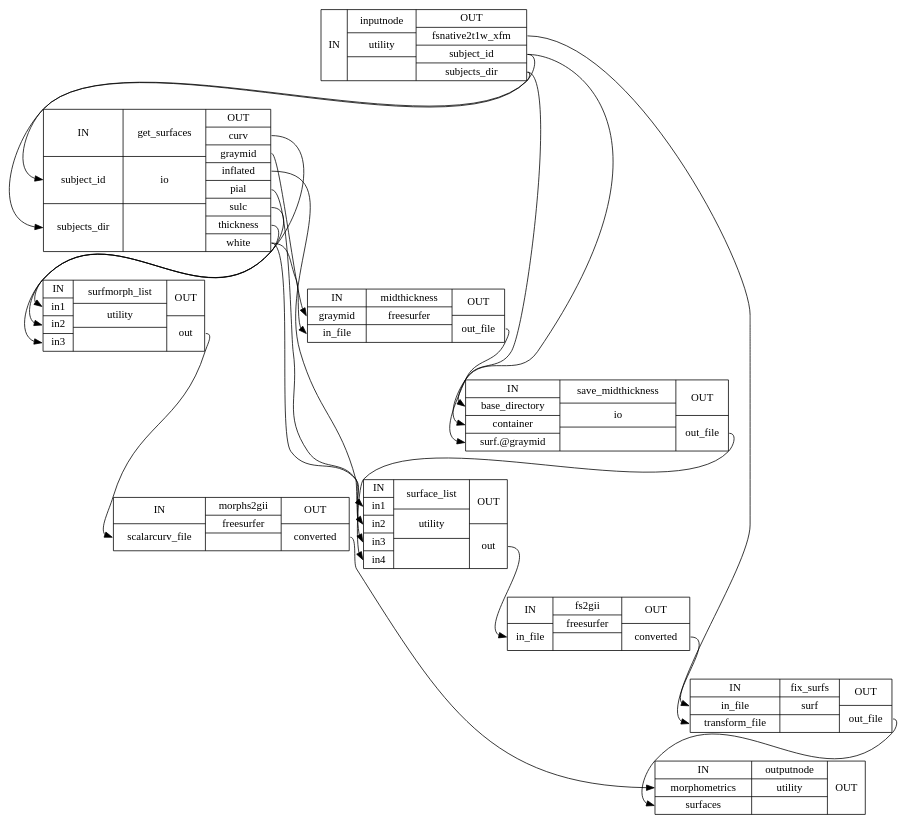
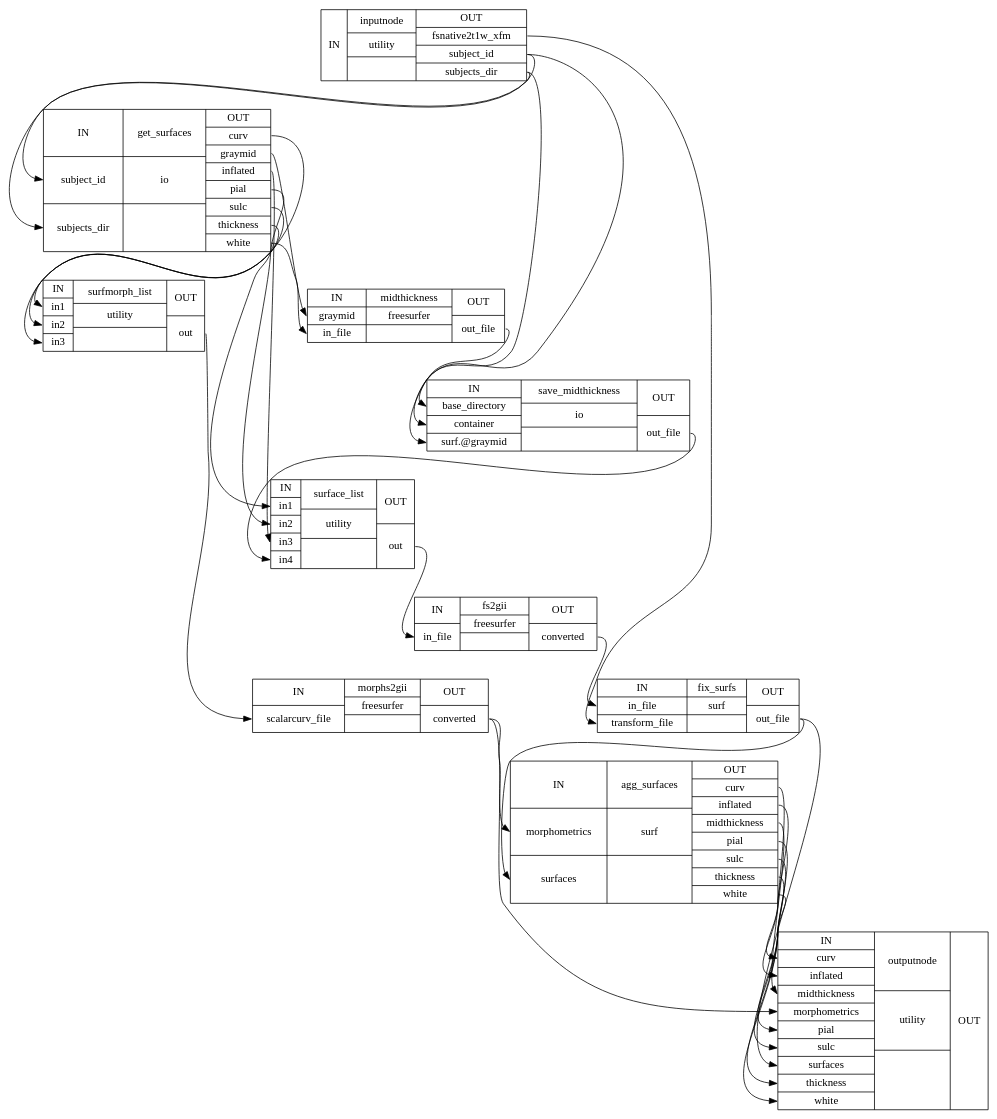
The diagram in next/wf_directive/api/gifti_surface_wf/smriprep-workflows-surfaces-2_detailed.dot (psadil/smriprep), drawn with Graphviz before and after one commit. The commit also changed 3801 other files, not shown here.

```diff
--- a/next/wf_directive/api/gifti_surface_wf/smriprep-workflows-surfaces-2_detailed.dot
+++ b/next/wf_directive/api/gifti_surface_wf/smriprep-workflows-surfaces-2_detailed.dot
@@ -1,33 +1,43 @@
 digraph structs {
 node [shape=record];
 gifti_surface_wfinputnode [label="{IN}|{ inputnode | utility |  }|{OUT|<outfsnative2t1wxfm> fsnative2t1w_xfm|<outsubjectid> subject_id|<outsubjectsdir> subjects_dir}"];
 gifti_surface_wfget_surfaces [label="{IN|<insubjectid> subject_id|<insubjectsdir> subjects_dir}|{ get_surfaces | io |  }|{OUT|<outcurv> curv|<outgraymid> graymid|<outinflated> inflated|<outpial> pial|<outsulc> sulc|<outthickness> thickness|<outwhite> white}"];
 gifti_surface_wfmidthickness [label="{IN|<ingraymid> graymid|<ininfile> in_file}|{ midthickness | freesurfer |  }|{OUT|<outoutfile> out_file}"];
 gifti_surface_wfsurfmorph_list [label="{IN|<inin1> in1|<inin2> in2|<inin3> in3}|{ surfmorph_list | utility |  }|{OUT|<outout> out}"];
 gifti_surface_wfsave_midthickness [label="{IN|<inbasedirectory> base_directory|<incontainer> container|<insurfgraymid> surf.@graymid}|{ save_midthickness | io |  }|{OUT|<outoutfile> out_file}"];
 gifti_surface_wfmorphs2gii [label="{IN|<inscalarcurvfile> scalarcurv_file}|{ morphs2gii | freesurfer |  }|{OUT|<outconverted> converted}"];
 gifti_surface_wfsurface_list [label="{IN|<inin1> in1|<inin2> in2|<inin3> in3|<inin4> in4}|{ surface_list | utility |  }|{OUT|<outout> out}"];
 gifti_surface_wffs2gii [label="{IN|<ininfile> in_file}|{ fs2gii | freesurfer |  }|{OUT|<outconverted> converted}"];
 gifti_surface_wffix_surfs [label="{IN|<ininfile> in_file|<intransformfile> transform_file}|{ fix_surfs | surf |  }|{OUT|<outoutfile> out_file}"];
-gifti_surface_wfoutputnode [label="{IN|<inmorphometrics> morphometrics|<insurfaces> surfaces}|{ outputnode | utility |  }|{OUT}"];
+gifti_surface_wfagg_surfaces [label="{IN|<inmorphometrics> morphometrics|<insurfaces> surfaces}|{ agg_surfaces | surf |  }|{OUT|<outcurv> curv|<outinflated> inflated|<outmidthickness> midthickness|<outpial> pial|<outsulc> sulc|<outthickness> thickness|<outwhite> white}"];
+gifti_surface_wfoutputnode [label="{IN|<incurv> curv|<ininflated> inflated|<inmidthickness> midthickness|<inmorphometrics> morphometrics|<inpial> pial|<insulc> sulc|<insurfaces> surfaces|<inthickness> thickness|<inwhite> white}|{ outputnode | utility |  }|{OUT}"];
+gifti_surface_wfagg_surfaces:outcurv:e -> gifti_surface_wfoutputnode:incurv:w;
+gifti_surface_wfagg_surfaces:outinflated:e -> gifti_surface_wfoutputnode:ininflated:w;
+gifti_surface_wfagg_surfaces:outmidthickness:e -> gifti_surface_wfoutputnode:inmidthickness:w;
+gifti_surface_wfagg_surfaces:outpial:e -> gifti_surface_wfoutputnode:inpial:w;
+gifti_surface_wfagg_surfaces:outsulc:e -> gifti_surface_wfoutputnode:insulc:w;
+gifti_surface_wfagg_surfaces:outthickness:e -> gifti_surface_wfoutputnode:inthickness:w;
+gifti_surface_wfagg_surfaces:outwhite:e -> gifti_surface_wfoutputnode:inwhite:w;
+gifti_surface_wffix_surfs:outoutfile:e -> gifti_surface_wfagg_surfaces:insurfaces:w;
 gifti_surface_wffix_surfs:outoutfile:e -> gifti_surface_wfoutputnode:insurfaces:w;
 gifti_surface_wffs2gii:outconverted:e -> gifti_surface_wffix_surfs:ininfile:w;
 gifti_surface_wfget_surfaces:outcurv:e -> gifti_surface_wfsurfmorph_list:inin3:w;
 gifti_surface_wfget_surfaces:outgraymid:e -> gifti_surface_wfmidthickness:ingraymid:w;
 gifti_surface_wfget_surfaces:outinflated:e -> gifti_surface_wfsurface_list:inin3:w;
 gifti_surface_wfget_surfaces:outpial:e -> gifti_surface_wfsurface_list:inin2:w;
 gifti_surface_wfget_surfaces:outsulc:e -> gifti_surface_wfsurfmorph_list:inin2:w;
 gifti_surface_wfget_surfaces:outthickness:e -> gifti_surface_wfsurfmorph_list:inin1:w;
 gifti_surface_wfget_surfaces:outwhite:e -> gifti_surface_wfmidthickness:ininfile:w;
 gifti_surface_wfget_surfaces:outwhite:e -> gifti_surface_wfsurface_list:inin1:w;
 gifti_surface_wfinputnode:outfsnative2t1wxfm:e -> gifti_surface_wffix_surfs:intransformfile:w;
 gifti_surface_wfinputnode:outsubjectid:e -> gifti_surface_wfget_surfaces:insubjectid:w;
 gifti_surface_wfinputnode:outsubjectid:e -> gifti_surface_wfsave_midthickness:incontainer:w;
 gifti_surface_wfinputnode:outsubjectsdir:e -> gifti_surface_wfget_surfaces:insubjectsdir:w;
 gifti_surface_wfinputnode:outsubjectsdir:e -> gifti_surface_wfsave_midthickness:inbasedirectory:w;
 gifti_surface_wfmidthickness:outoutfile:e -> gifti_surface_wfsave_midthickness:insurfgraymid:w;
+gifti_surface_wfmorphs2gii:outconverted:e -> gifti_surface_wfagg_surfaces:inmorphometrics:w;
 gifti_surface_wfmorphs2gii:outconverted:e -> gifti_surface_wfoutputnode:inmorphometrics:w;
 gifti_surface_wfsave_midthickness:outoutfile:e -> gifti_surface_wfsurface_list:inin4:w;
 gifti_surface_wfsurface_list:outout:e -> gifti_surface_wffs2gii:ininfile:w;
 gifti_surface_wfsurfmorph_list:outout:e -> gifti_surface_wfmorphs2gii:inscalarcurvfile:w;
 }
```
